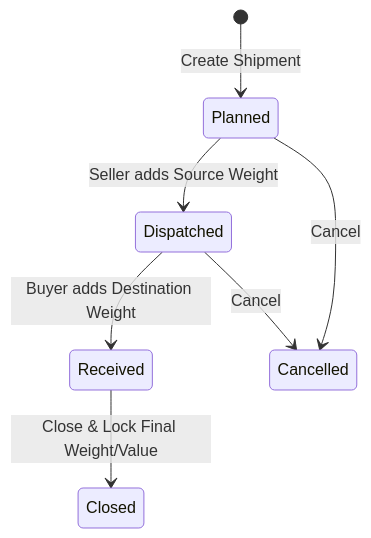
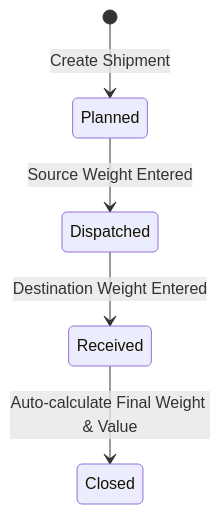
The sixth of 12 diagrams in docs/WORKFLOW_ARCHITECTURE.md (mmuaibed/Tadweerah-Hub), drawn with Mermaid before and after one commit. The commit also changed other lines of this file, not shown here.

Commit message:
docs: restructure workflow architecture to separate current vs future scope and add licensed transporter and recycled materials markets

````diff
--- a/docs/WORKFLOW_ARCHITECTURE.md
+++ b/docs/WORKFLOW_ARCHITECTURE.md
@@ -114,10 +223,7 @@
 ```mermaid
 stateDiagram-v2
     [*] --> Planned: Create Shipment
-    Planned --> Dispatched: Seller adds Source Weight
-    Dispatched --> Received: Buyer adds Destination Weight
-    Received --> Closed: Close & Lock Final Weight/Value
-    
-    Planned --> Cancelled: Cancel
-    Dispatched --> Cancelled: Cancel
+    Planned --> Dispatched: Source Weight Entered
+    Dispatched --> Received: Destination Weight Entered
+    Received --> Closed: Auto-calculate Final Weight & Value
 ```
````
